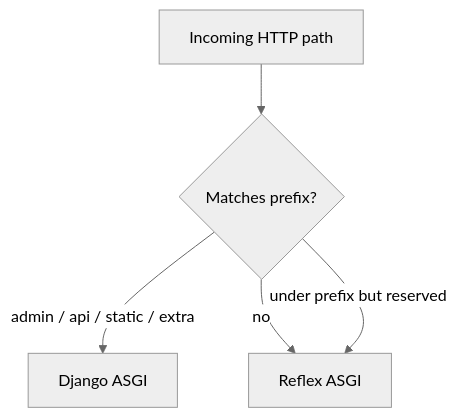
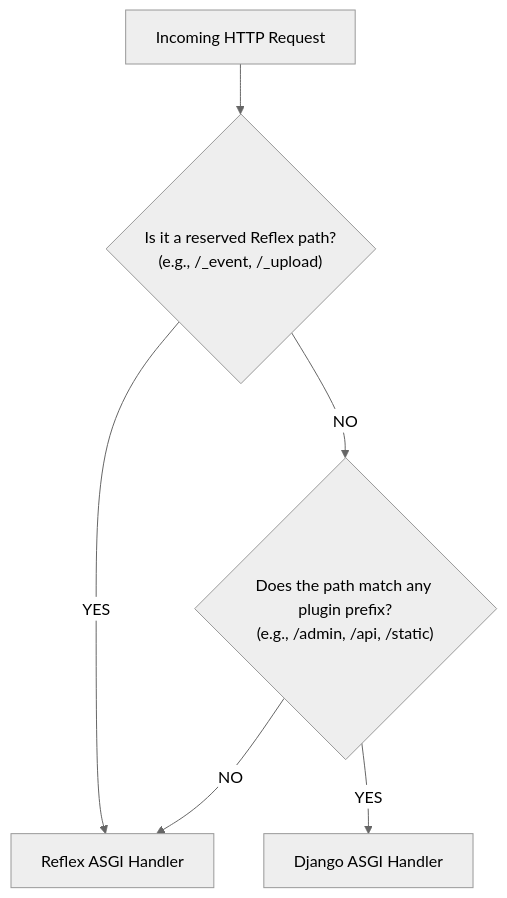
One commit to web7ai/reflex-django changed the diagram in docs/routing.md. Above: the diagram before and after it, drawn with Mermaid (neutral theme). The commit also changed other lines of this file and 102 other files, not shown here.

````diff
--- a/docs/routing.md
+++ b/docs/routing.md
@@ -65,7 +86,8 @@
 ```mermaid
 flowchart TD
-  A[Incoming HTTP path] --> B{Matches prefix?}
-  B -->|admin / api / static / extra| C[Django ASGI]
-  B -->|no| D[Reflex ASGI]
-  B -->|under prefix but reserved| D
+  A["Incoming HTTP Request"] --> B{"Is it a reserved Reflex path?\n(e.g., /_event, /_upload)"}
+  B -->|YES| C["Reflex ASGI Handler"]
+  B -->|NO| D{"Does the path match any plugin prefix?\n(e.g., /admin, /api, /static)"}
+  D -->|YES| E["Django ASGI Handler"]
+  D -->|NO| C
 ```
````
